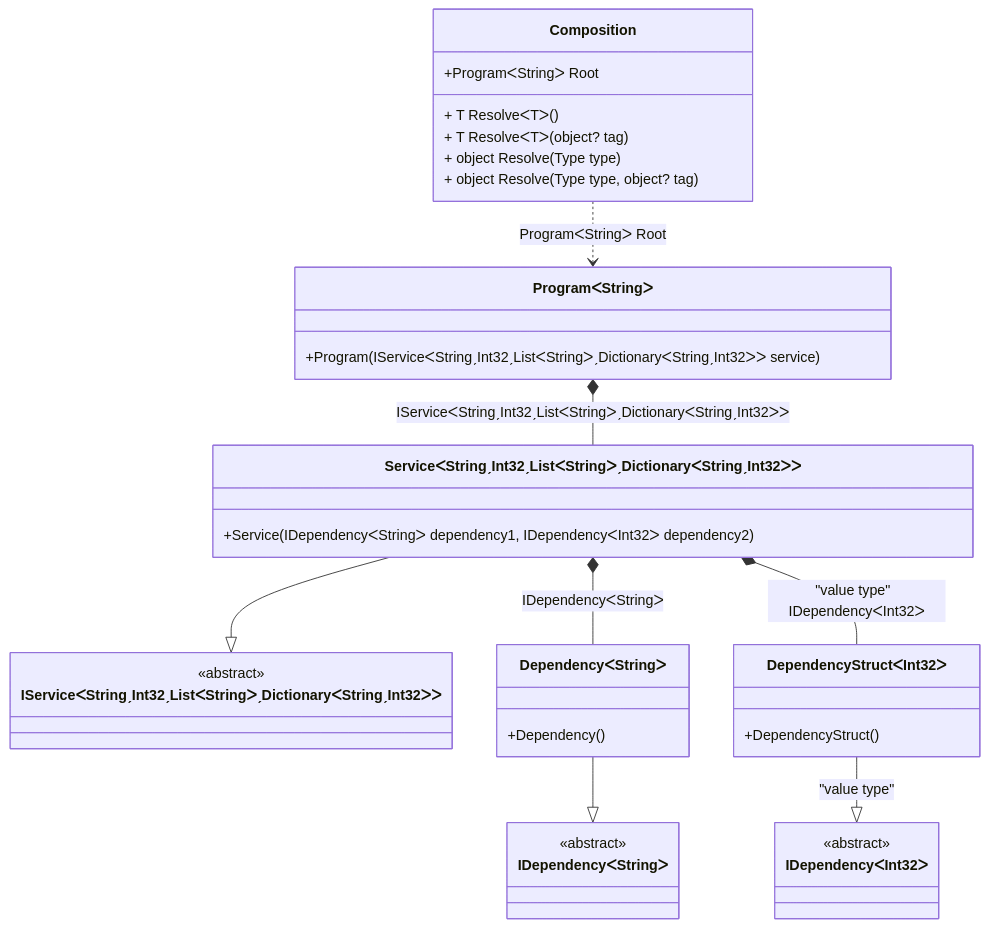
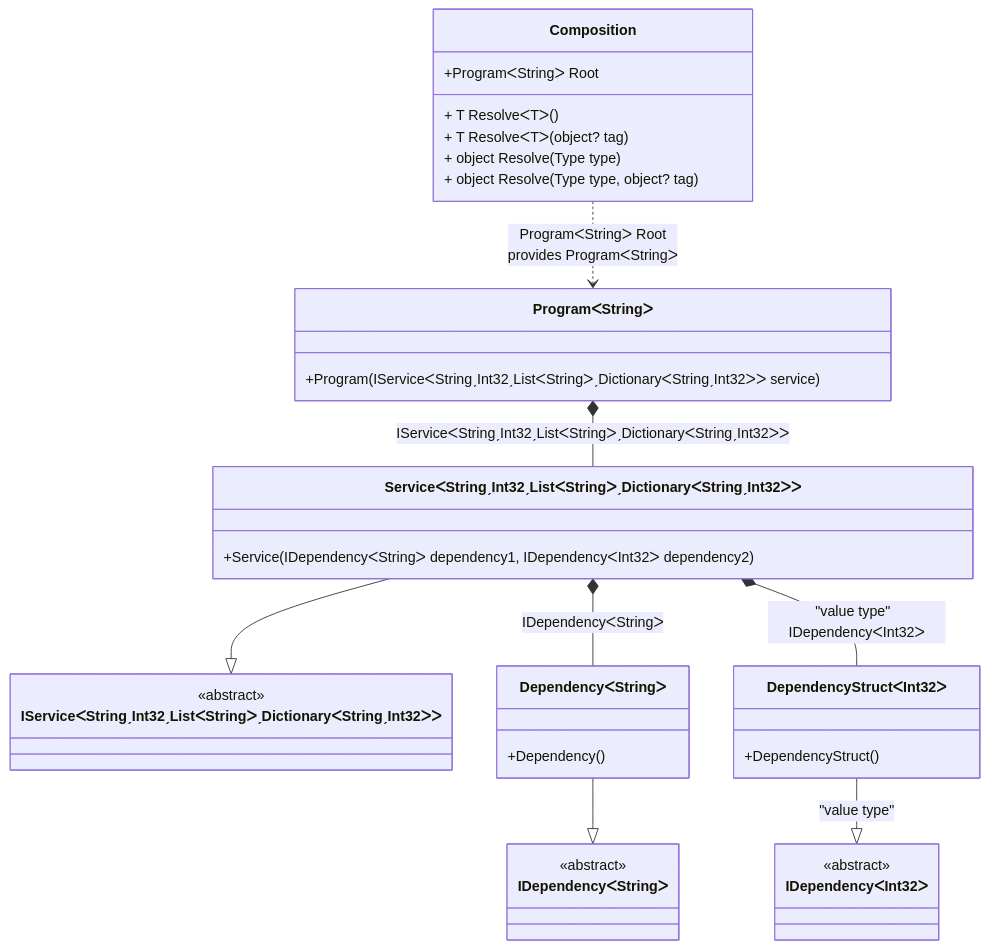
One commit to DevTeam/Pure.DI changed the diagram in readme/complex-generics.md. Above: the diagram before and after it, drawn with Mermaid. The commit also changed other lines of this file and 73 other files, not shown here.

````diff
--- a/readme/complex-generics.md
+++ b/readme/complex-generics.md
@@ -64,38 +64,38 @@
 ```mermaid
 classDiagram
   class Composition {
     +ProgramᐸStringᐳ Root
     + T ResolveᐸTᐳ()
     + T ResolveᐸTᐳ(object? tag)
     + object Resolve(Type type)
     + object Resolve(Type type, object? tag)
   }
   class ProgramᐸStringᐳ {
     +Program(IServiceᐸStringˏInt32ˏListᐸStringᐳˏDictionaryᐸStringˏInt32ᐳᐳ service)
   }
   ServiceᐸStringˏInt32ˏListᐸStringᐳˏDictionaryᐸStringˏInt32ᐳᐳ --|> IServiceᐸStringˏInt32ˏListᐸStringᐳˏDictionaryᐸStringˏInt32ᐳᐳ : 
   class ServiceᐸStringˏInt32ˏListᐸStringᐳˏDictionaryᐸStringˏInt32ᐳᐳ {
     +Service(IDependencyᐸStringᐳ dependency1, IDependencyᐸInt32ᐳ dependency2)
   }
   DependencyᐸStringᐳ --|> IDependencyᐸStringᐳ : 
   class DependencyᐸStringᐳ {
     +Dependency()
   }
   DependencyStructᐸInt32ᐳ --|> IDependencyᐸInt32ᐳ : "value type" 
   class DependencyStructᐸInt32ᐳ {
     +DependencyStruct()
   }
   class IServiceᐸStringˏInt32ˏListᐸStringᐳˏDictionaryᐸStringˏInt32ᐳᐳ {
     <<abstract>>
   }
   class IDependencyᐸStringᐳ {
     <<abstract>>
   }
   class IDependencyᐸInt32ᐳ {
     <<abstract>>
   }
   ProgramᐸStringᐳ *--  ServiceᐸStringˏInt32ˏListᐸStringᐳˏDictionaryᐸStringˏInt32ᐳᐳ : IServiceᐸStringˏInt32ˏListᐸStringᐳˏDictionaryᐸStringˏInt32ᐳᐳ
-  Composition ..> ProgramᐸStringᐳ : ProgramᐸStringᐳ Root
+  Composition ..> ProgramᐸStringᐳ : ProgramᐸStringᐳ Root<br/>provides ProgramᐸStringᐳ
   ServiceᐸStringˏInt32ˏListᐸStringᐳˏDictionaryᐸStringˏInt32ᐳᐳ *--  DependencyᐸStringᐳ : IDependencyᐸStringᐳ
   ServiceᐸStringˏInt32ˏListᐸStringᐳˏDictionaryᐸStringˏInt32ᐳᐳ *--  DependencyStructᐸInt32ᐳ : "value type"  IDependencyᐸInt32ᐳ
 ```
````
